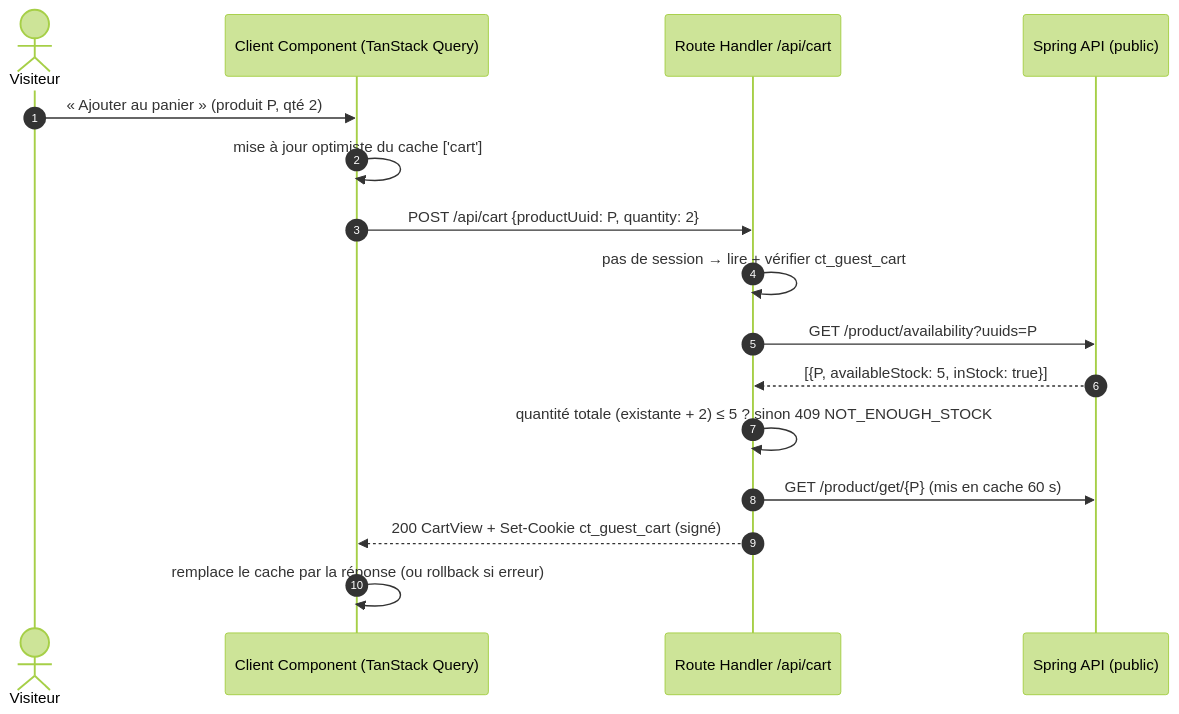
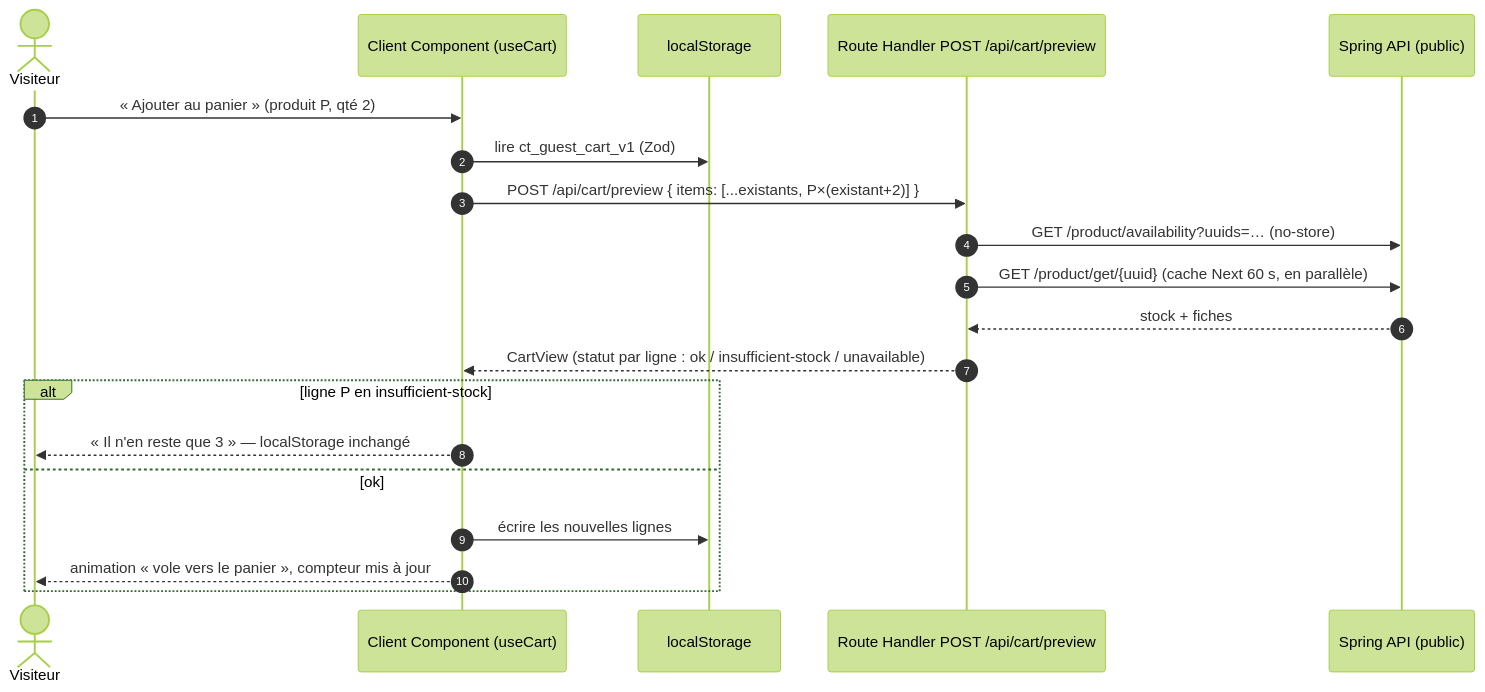
One commit to ZETROV93XB47/cybertech-front changed the first of 2 diagrams in docs/guest-cart.md. Above: the diagram before and after it, drawn with Mermaid (forest theme). The commit also changed other lines of this file and 4 other files, not shown here.

Commit message:
docs: guest cart goes with option B (localStorage + merge at login)

````diff
--- a/docs/guest-cart.md
+++ b/docs/guest-cart.md
@@ -32,19 +33,23 @@
 ```mermaid
 sequenceDiagram
     autonumber
     actor V as Visiteur
-    participant UI as Client Component (TanStack Query)
-    participant BFF as Route Handler /api/cart
+    participant UI as Client Component (useCart)
+    participant LS as localStorage
+    participant BFF as Route Handler POST /api/cart/preview
     participant S as Spring API (public)
 
     V->>UI: « Ajouter au panier » (produit P, qté 2)
-    UI->>UI: mise à jour optimiste du cache ['cart']
-    UI->>BFF: POST /api/cart {productUuid: P, quantity: 2}
-    BFF->>BFF: pas de session → lire + vérifier ct_guest_cart
-    BFF->>S: GET /product/availability?uuids=P
-    S-->>BFF: [{P, availableStock: 5, inStock: true}]
-    BFF->>BFF: quantité totale (existante + 2) ≤ 5 ? sinon 409 NOT_ENOUGH_STOCK
-    BFF->>S: GET /product/get/{P} (mis en cache 60 s)
-    BFF-->>UI: 200 CartView + Set-Cookie ct_guest_cart (signé)
-    UI->>UI: remplace le cache par la réponse (ou rollback si erreur)
+    UI->>LS: lire ct_guest_cart_v1 (Zod)
+    UI->>BFF: POST /api/cart/preview { items: [...existants, P×(existant+2)] }
+    BFF->>S: GET /product/availability?uuids=… (no-store)
+    BFF->>S: GET /product/get/{uuid} (cache Next 60 s, en parallèle)
+    S-->>BFF: stock + fiches
+    BFF-->>UI: CartView (statut par ligne : ok / insufficient-stock / unavailable)
+    alt ligne P en insufficient-stock
+        UI-->>V: « Il n'en reste que 3 » — localStorage inchangé
+    else ok
+        UI->>LS: écrire les nouvelles lignes
+        UI-->>V: animation « vole vers le panier », compteur mis à jour
+    end
 ```
````
